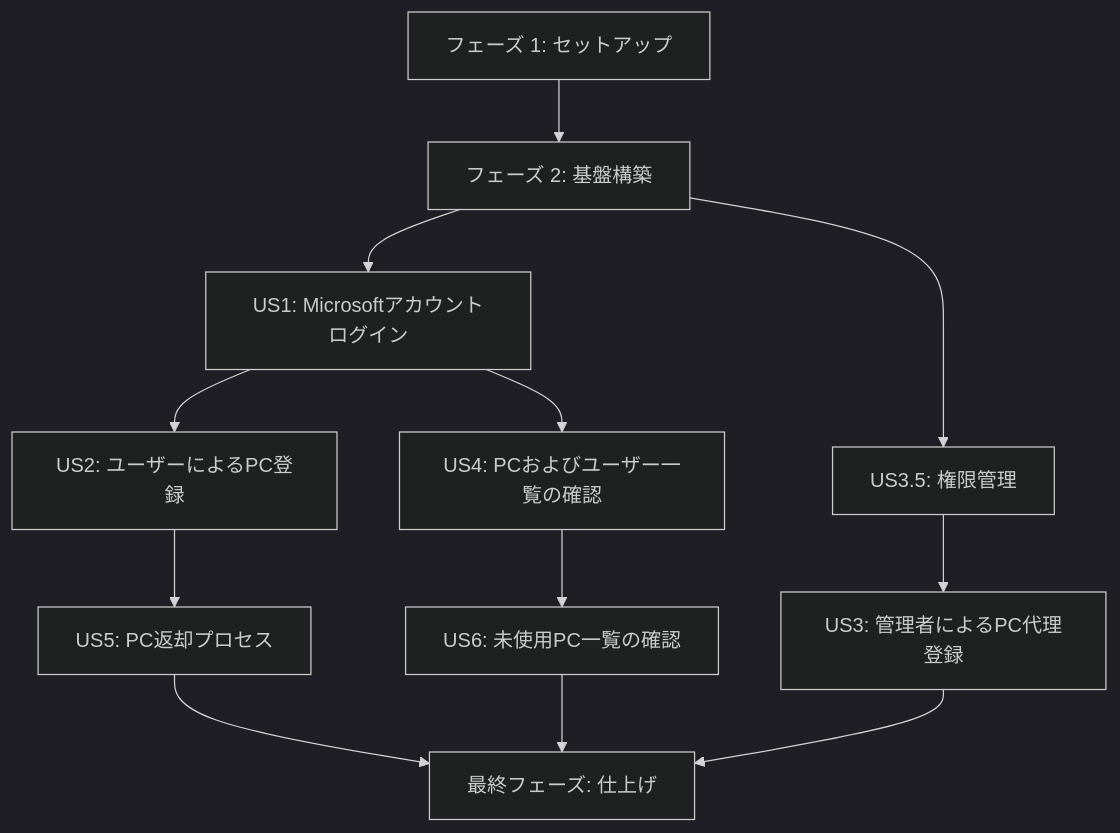
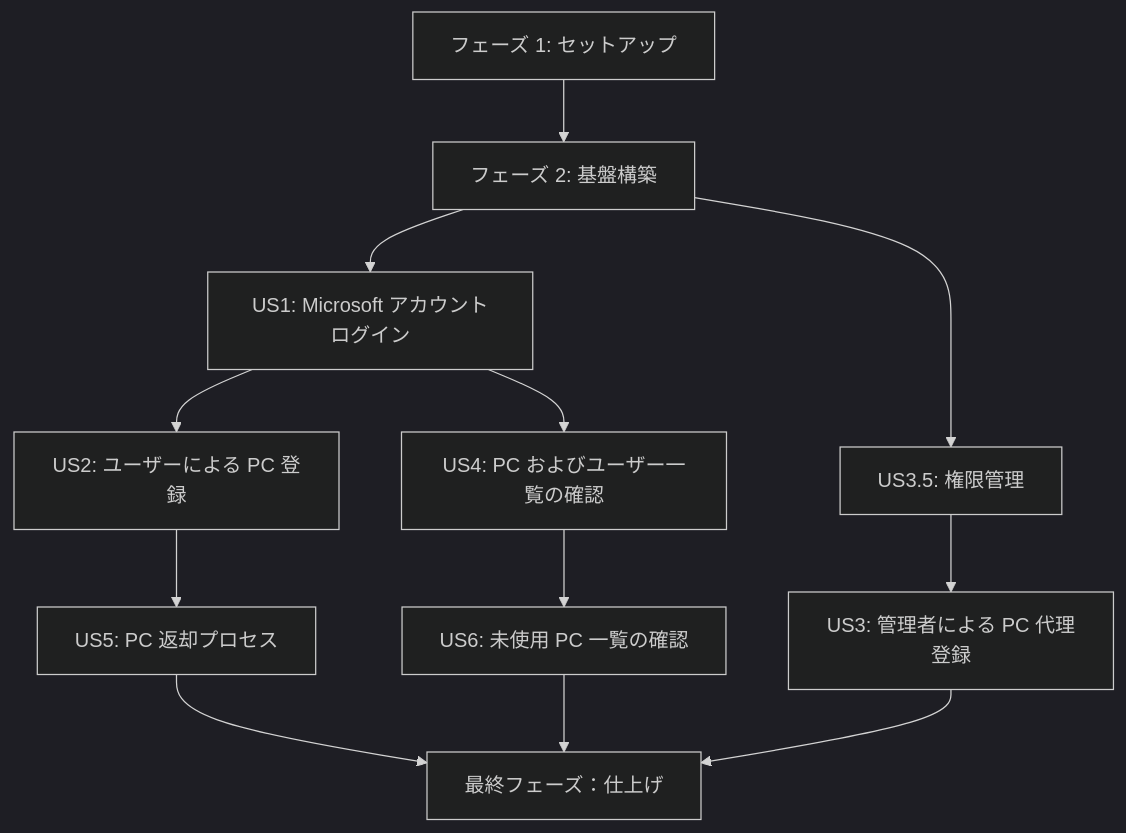
The diagram in specs/001-pc-management/tasks.md (ogawa-ge/pc_management_ledger), drawn with Mermaid (dark theme) before and after one commit. The commit also changed other lines of this file and 10 other files, not shown here.

````diff
--- a/specs/001-pc-management/tasks.md
+++ b/specs/001-pc-management/tasks.md
@@ -5,14 +5,14 @@
 ```mermaid
 graph TD
     Setup[フェーズ 1: セットアップ] --> Foundation[フェーズ 2: 基盤構築]
-    Foundation --> US1[US1: Microsoftアカウントログイン]
+    Foundation --> US1[US1: Microsoft アカウントログイン]
     Foundation --> US3_5[US3.5: 権限管理]
-    US1 --> US2[US2: ユーザーによるPC登録]
-    US1 --> US4[US4: PCおよびユーザー一覧の確認]
-    US3_5 --> US3[US3: 管理者によるPC代理登録]
-    US2 --> US5[US5: PC返却プロセス]
-    US4 --> US6[US6: 未使用PC一覧の確認]
-    US5 --> Polish[最終フェーズ: 仕上げ]
+    US1 --> US2[US2: ユーザーによる PC 登録]
+    US1 --> US4[US4: PC およびユーザー一覧の確認]
+    US3_5 --> US3[US3: 管理者による PC 代理登録]
+    US2 --> US5[US5: PC 返却プロセス]
+    US4 --> US6[US6: 未使用 PC 一覧の確認]
+    US5 --> Polish[最終フェーズ：仕上げ]
     US6 --> Polish
     US3 --> Polish
 ```
````
